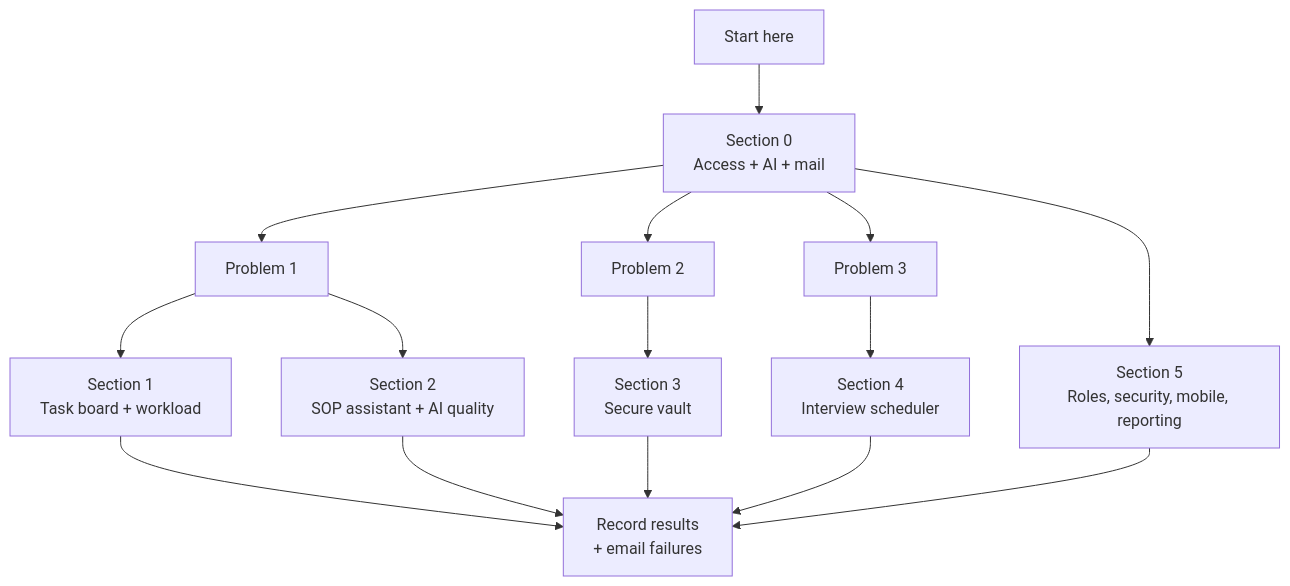
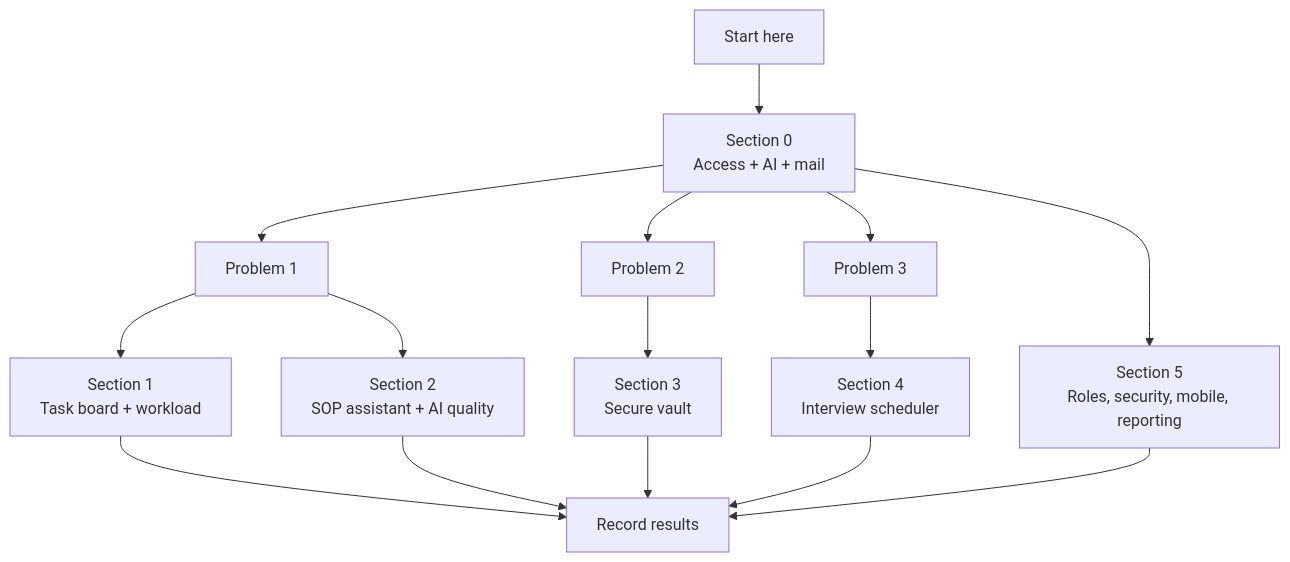
Before and after one commit to DeepxD-code/LeadDesk: the first of 39 diagrams in docs/TESTER_GUIDE.md, drawn with Mermaid. The commit also changed other lines of this file and 1 other file, not shown here.

````diff
--- a/docs/TESTER_GUIDE.md
+++ b/docs/TESTER_GUIDE.md
@@ -31,17 +32,17 @@
 ```mermaid
 flowchart TB
   S["Start here"] --> A["Section 0<br/>Access + AI + mail"]
   A --> P1["Problem 1"]
   P1 --> S1["Section 1<br/>Task board + workload"]
   P1 --> S2["Section 2<br/>SOP assistant + AI quality"]
   A --> P2["Problem 2"]
   P2 --> S3["Section 3<br/>Secure vault"]
   A --> P3["Problem 3"]
   P3 --> S4["Section 4<br/>Interview scheduler"]
   A --> X["Section 5<br/>Roles, security, mobile, reporting"]
-  S1 --> R["Record results<br/>+ email failures"]
+  S1 --> R["Record results"]
   S2 --> R
   S3 --> R
   S4 --> R
   X --> R
 ```
````
